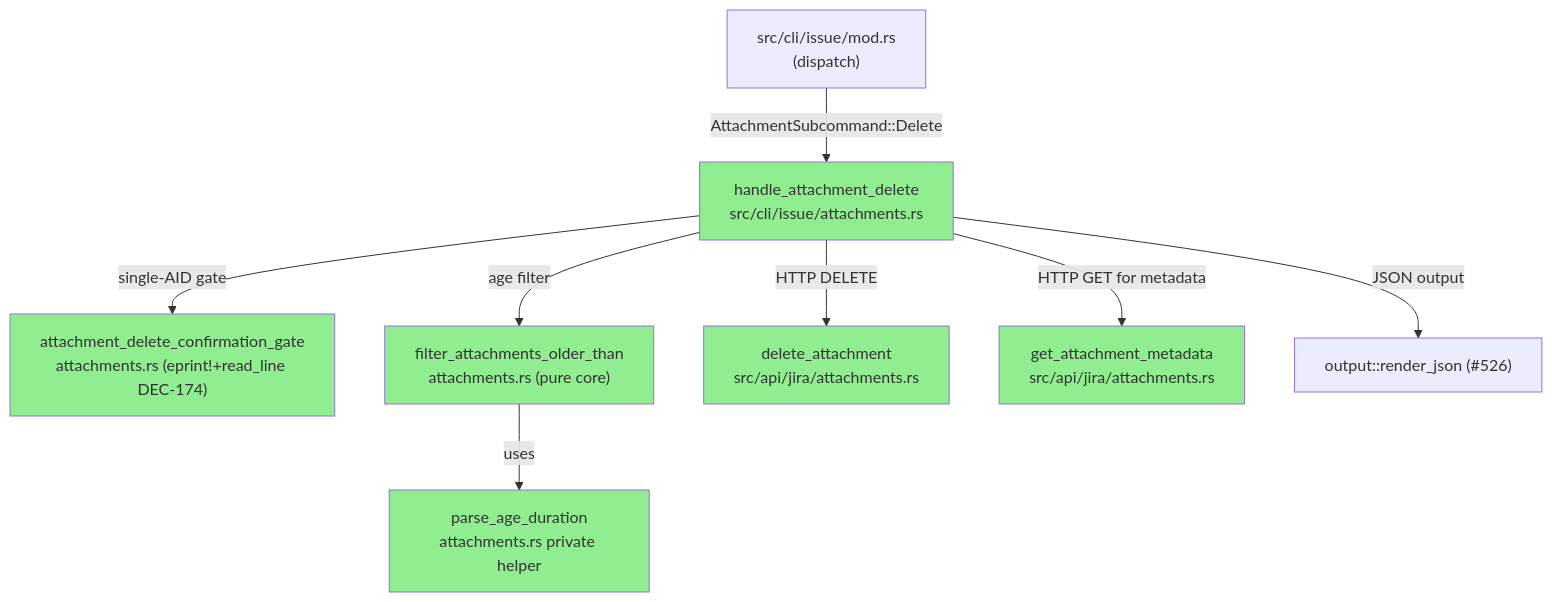
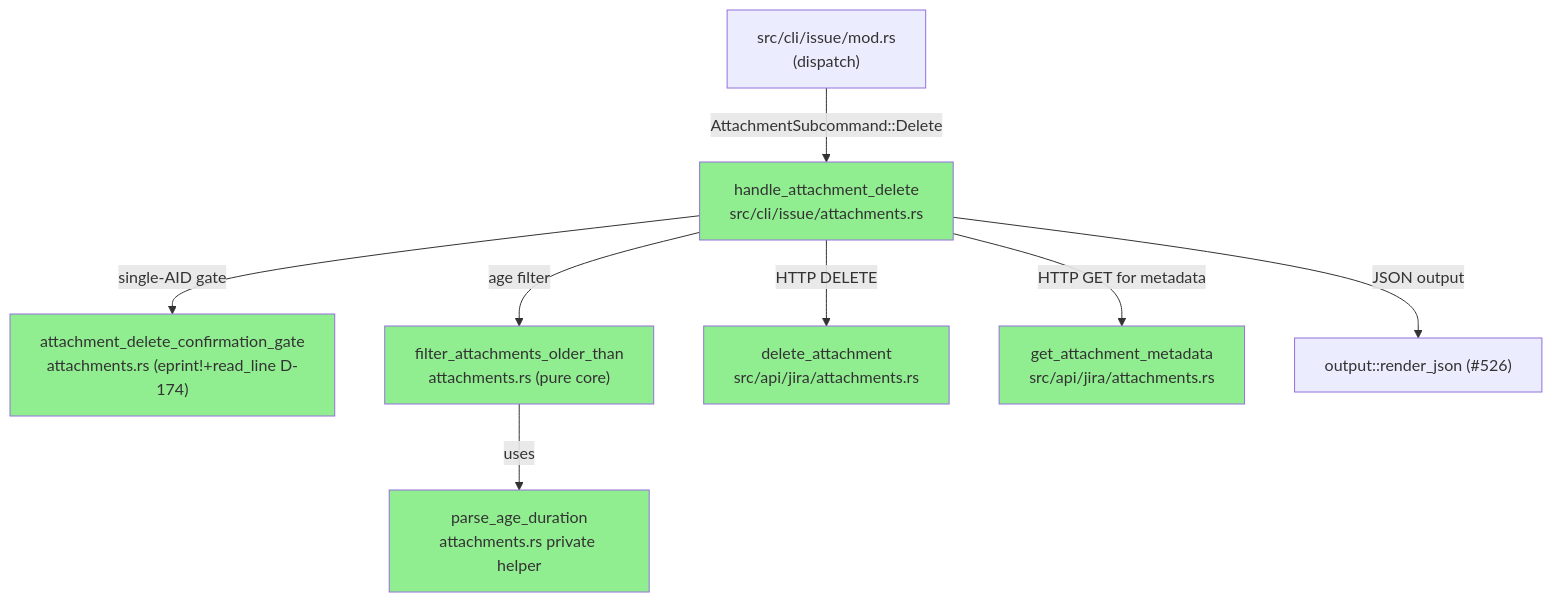
One commit to ArcavenAE/jira-cli changed the first of 5 diagrams in code-delivery/S-576-4/pr-description.md. Above: the diagram before and after it, drawn with Mermaid. The commit also changed other lines of this file and 531 other files, not shown here.

````diff
--- a/code-delivery/S-576-4/pr-description.md
+++ b/code-delivery/S-576-4/pr-description.md
@@ -20,16 +20,16 @@
 ```mermaid
 graph TD
     CLI["src/cli/issue/mod.rs<br/>(dispatch)"] -->|AttachmentSubcommand::Delete| HD["handle_attachment_delete<br/>src/cli/issue/attachments.rs"]
-    HD -->|single-AID gate| GATE["attachment_delete_confirmation_gate<br/>attachments.rs (eprint!+read_line DEC-174)"]
+    HD -->|single-AID gate| GATE["attachment_delete_confirmation_gate<br/>attachments.rs (eprint!+read_line D-174)"]
     HD -->|age filter| FILTER["filter_attachments_older_than<br/>attachments.rs (pure core)"]
     HD -->|HTTP DELETE| DA["delete_attachment<br/>src/api/jira/attachments.rs"]
     HD -->|HTTP GET for metadata| GA["get_attachment_metadata<br/>src/api/jira/attachments.rs"]
     HD -->|JSON output| RJ["output::render_json (#526)"]
     FILTER -->|uses| PAD["parse_age_duration<br/>attachments.rs private helper"]
     style HD fill:#90EE90
     style DA fill:#90EE90
     style GATE fill:#90EE90
     style FILTER fill:#90EE90
     style PAD fill:#90EE90
     style GA fill:#90EE90
 ```
````
